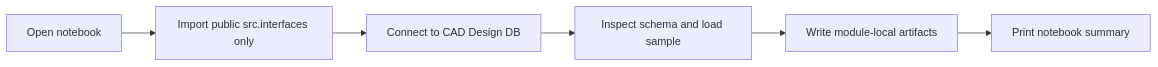
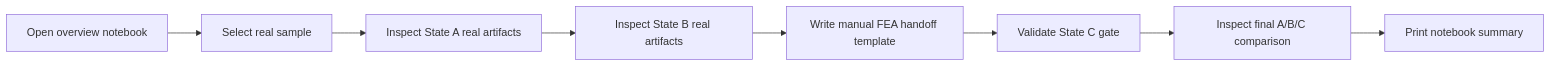
The second of 4 diagrams in docs/ai_context/SYSTEM_WORKFLOW_MAP.md (Vedaang-Chopra/CAD-Physics), drawn with Mermaid before and after one commit. The commit also changed other lines of this file and 96 other files, not shown here.

Commit message:
agent: sync notebook series and FEA pipeline

````diff
--- a/docs/ai_context/SYSTEM_WORKFLOW_MAP.md
+++ b/docs/ai_context/SYSTEM_WORKFLOW_MAP.md
@@ -39,8 +43,10 @@
 ```mermaid
 flowchart LR
-    A[Open notebook] --> B[Import public src.interfaces only]
-    B --> C[Connect to CAD Design DB]
-    C --> D[Inspect schema and load sample]
-    D --> E[Write module-local artifacts]
-    E --> F[Print notebook summary]
+    A[Open overview notebook] --> B[Select real sample]
+    B --> C[Inspect State A real artifacts]
+    C --> D[Inspect State B real artifacts]
+    D --> E[Write manual FEA handoff template]
+    E --> F[Validate State C gate]
+    F --> G[Inspect final A/B/C comparison]
+    G --> H[Print notebook summary]
 ```
````
